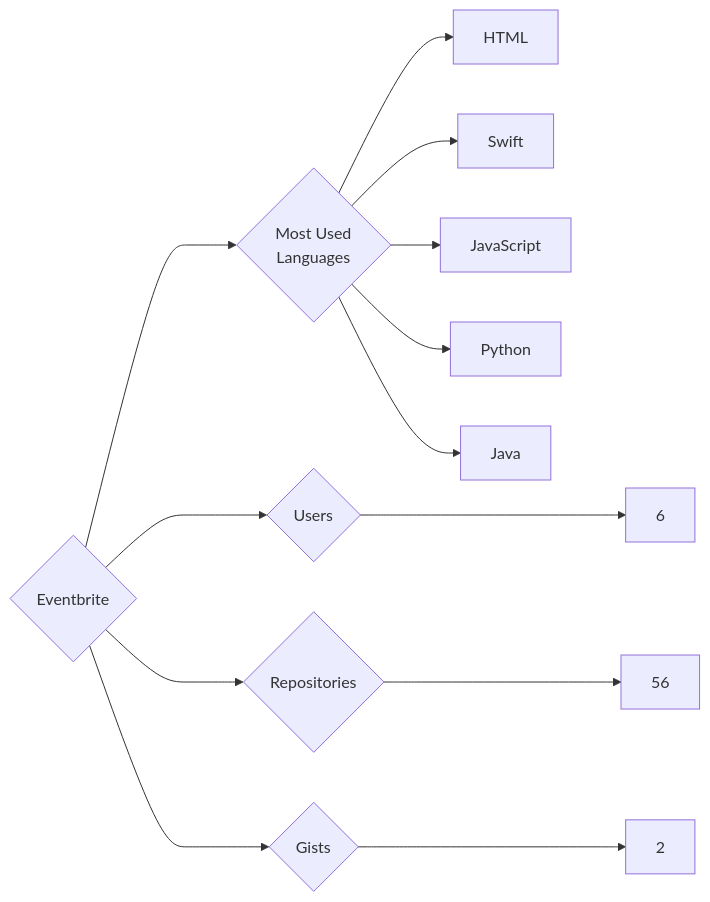
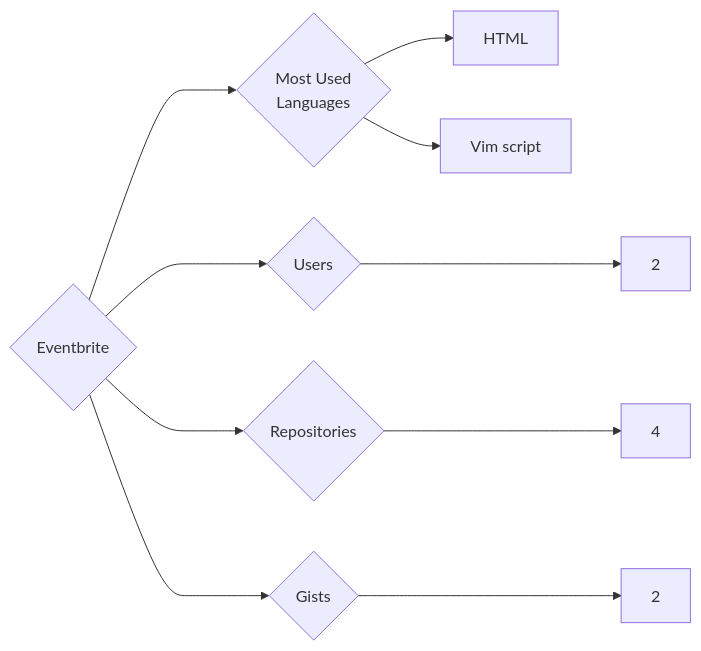
Before and after one commit to trickest/insiders: the diagram in targets/Eventbrite/README.md, drawn with Mermaid. The commit also changed 814 other files, not shown here.

````diff
--- a/targets/Eventbrite/README.md
+++ b/targets/Eventbrite/README.md
@@ -3,13 +3,10 @@
 ```mermaid
 graph LR
 COMPANY_NAME{Eventbrite}
-COMPANY_NAME ---> U{Users} ---> UN[6]
-COMPANY_NAME ---> R{Repositories} ---> RN[56]
+COMPANY_NAME ---> U{Users} ---> UN[2]
+COMPANY_NAME ---> R{Repositories} ---> RN[4]
 COMPANY_NAME ---> G{Gists} ---> GN[2]
 COMPANY_NAME ---> ML{Most Used<br>Languages}
 ML --> HTML[HTML]
-ML --> Swift[Swift]
-ML --> JavaScript[JavaScript]
-ML --> Python[Python]
-ML --> Java[Java]
+ML --> Vim_script[Vim script]
 ```
````
